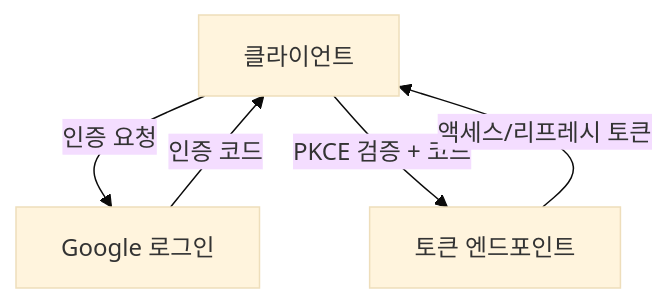
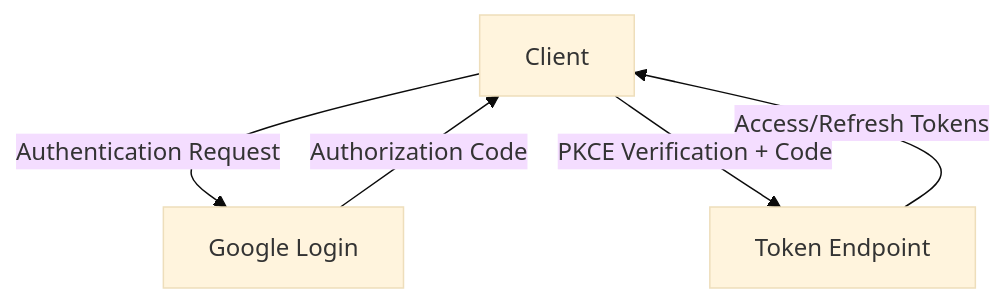
The diagram in _posts/2025-07-18-5.md (wintrover/blog), drawn with Mermaid (base theme) before and after one commit. The commit also changed other lines of this file, not shown here.

````diff
--- a/_posts/2025-07-18-5.md
+++ b/_posts/2025-07-18-5.md
@@ -53,7 +51,7 @@
 ```mermaid
 graph TD
-    A[클라이언트] -->|인증 요청| B[Google 로그인]
-    B -->|인증 코드| A
-    A -->|PKCE 검증 + 코드| C[토큰 엔드포인트]
-    C -->|액세스/리프레시 토큰| A
+    A[Client] -->|Authentication Request| B[Google Login]
+    B -->|Authorization Code| A
+    A -->|PKCE Verification + Code| C[Token Endpoint]
+    C -->|Access/Refresh Tokens| A
 ```
````
